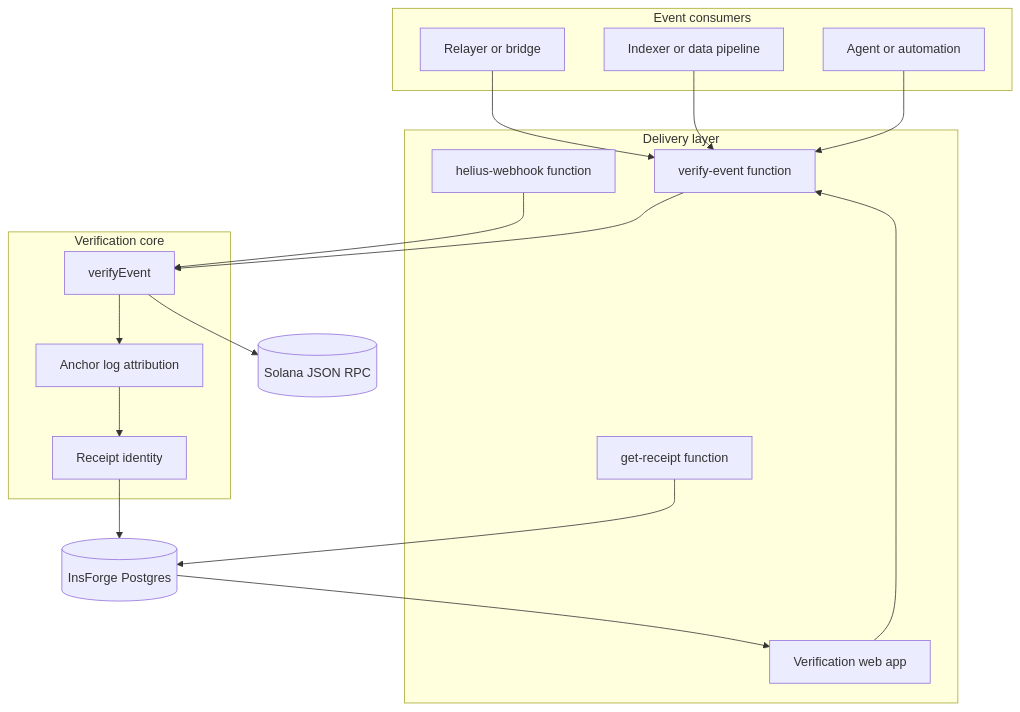
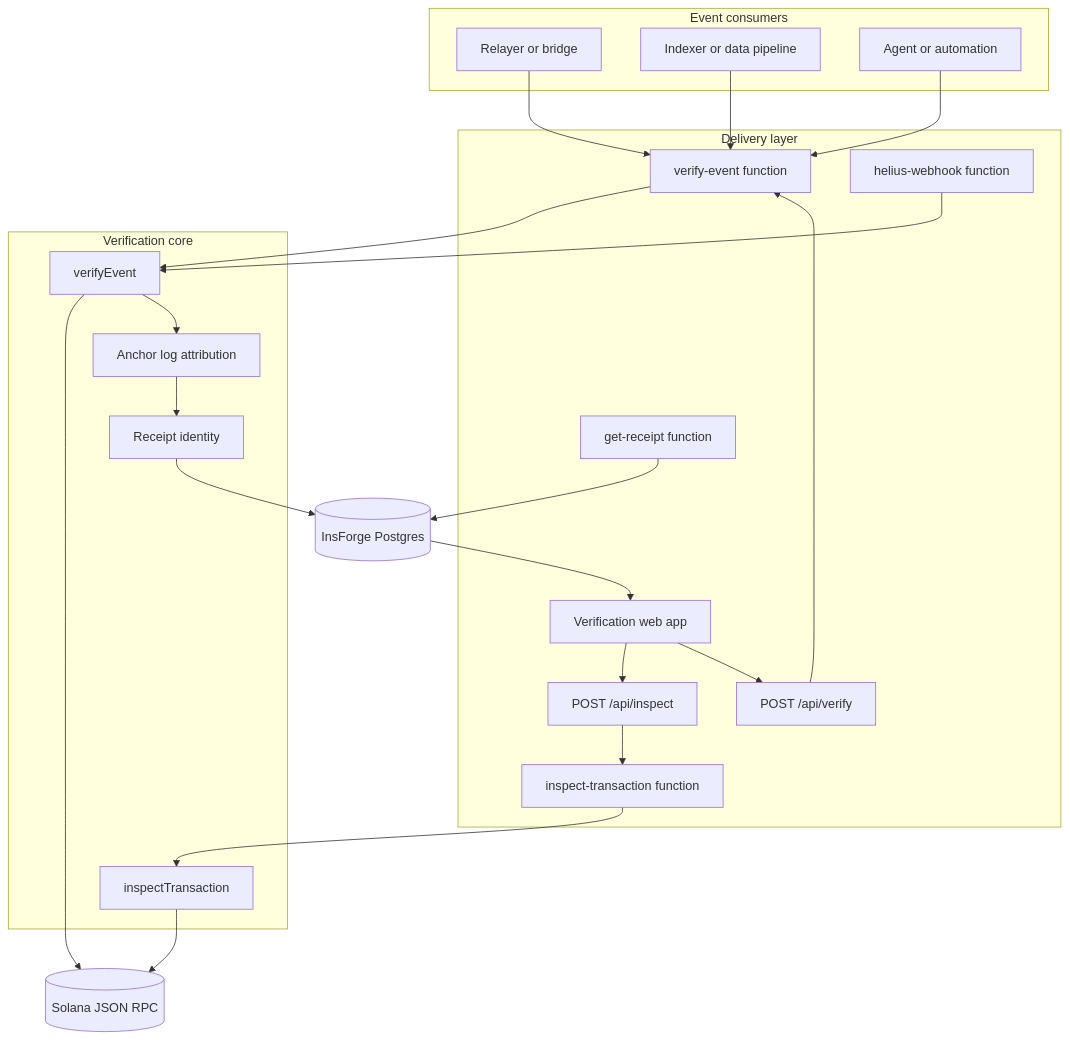
Before and after one commit to abhigyan1102/event-seal: the first of 2 diagrams in docs/architecture.md, drawn with Mermaid. The commit also changed other lines of this file, not shown here.

Commit message:
docs: show inspection and verification web boundaries

````diff
--- a/docs/architecture.md
+++ b/docs/architecture.md
@@ -7,37 +7,46 @@
 ```mermaid
 flowchart TB
   subgraph Consumers["Event consumers"]
     Relayer["Relayer or bridge"]
     Indexer["Indexer or data pipeline"]
     Agent["Agent or automation"]
   end
 
   subgraph Delivery["Delivery layer"]
     Web["Verification web app"]
+    InspectRoute["POST /api/inspect"]
+    VerifyRoute["POST /api/verify"]
+    InspectFunction["inspect-transaction function"]
     VerifyFunction["verify-event function"]
     HeliusFunction["helius-webhook function"]
     ReceiptFunction["get-receipt function"]
   end
 
   subgraph Core["Verification core"]
+    Inspector["inspectTransaction"]
     Verifier["verifyEvent"]
     Attribution["Anchor log attribution"]
     Identity["Receipt identity"]
   end
 
   RPC[("Solana JSON RPC")]
   Database[("InsForge Postgres")]
 
   Relayer --> VerifyFunction
   Indexer --> VerifyFunction
   Agent --> VerifyFunction
-  Web --> VerifyFunction
+  Web --> InspectRoute
+  Web --> VerifyRoute
+  InspectRoute --> InspectFunction
+  VerifyRoute --> VerifyFunction
+  InspectFunction --> Inspector
+  Inspector --> RPC
   HeliusFunction --> Verifier
   VerifyFunction --> Verifier
   Verifier --> RPC
   Verifier --> Attribution
   Attribution --> Identity
   Identity --> Database
   ReceiptFunction --> Database
   Database --> Web
 ```
````
